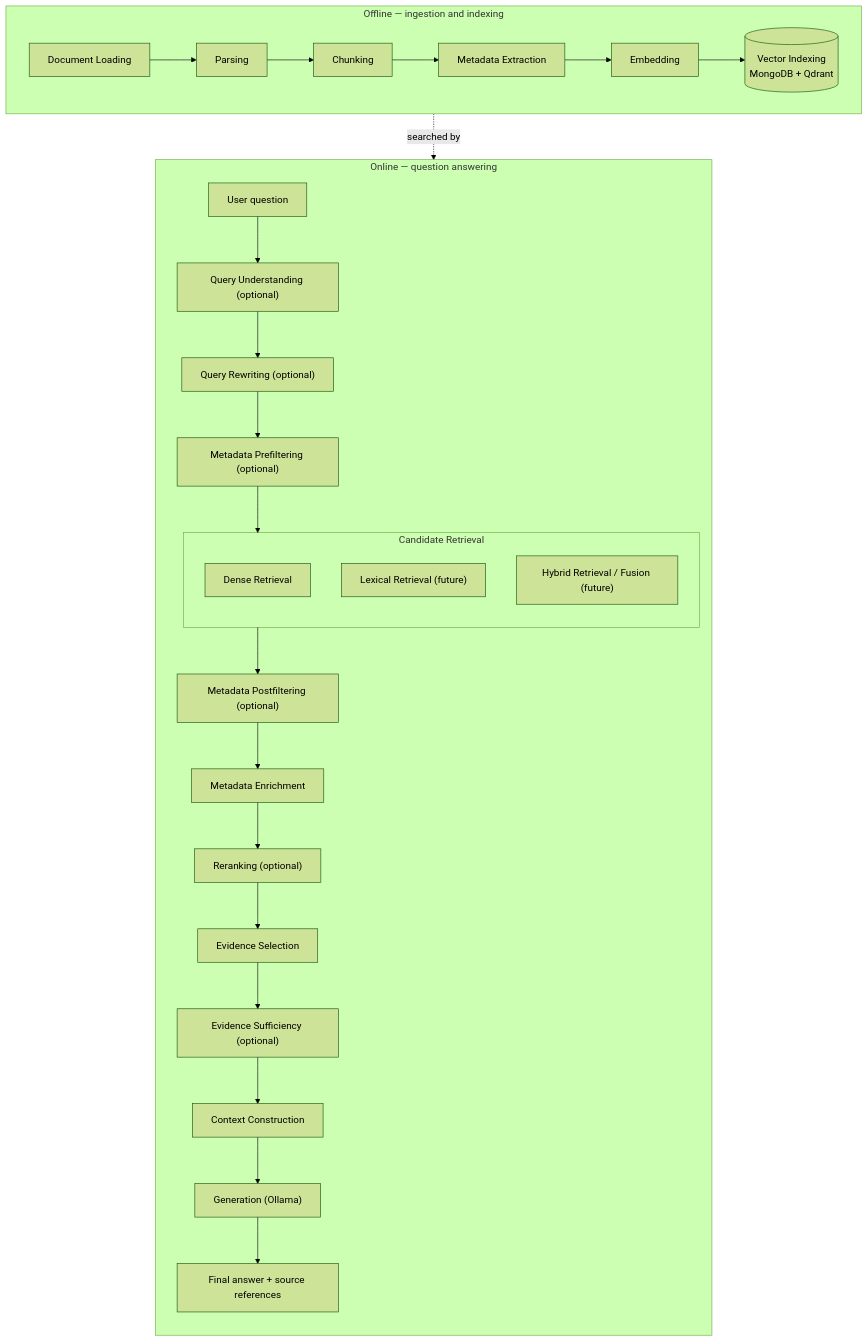
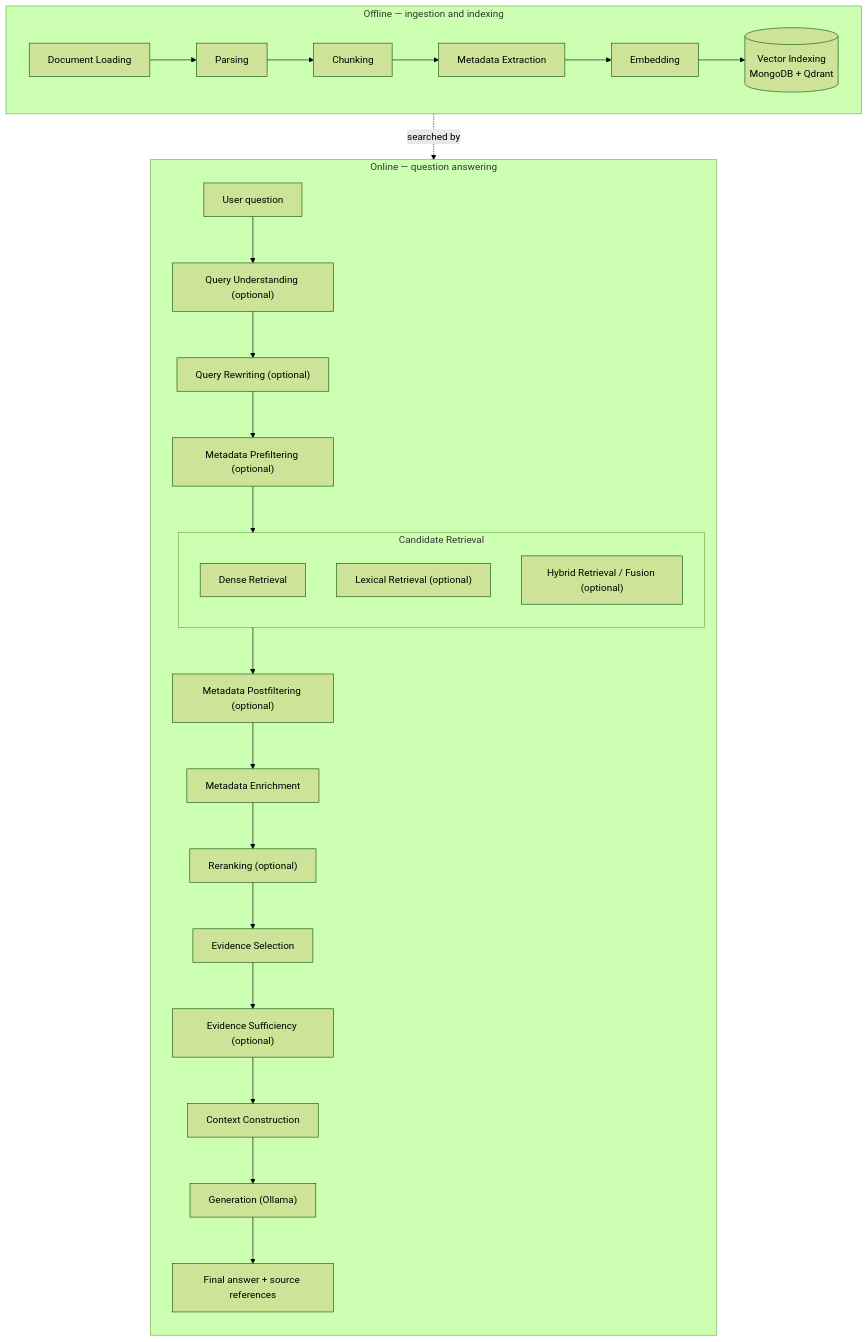
Before and after one commit to Jackson2706/RAG-Project-G5-HYU-E: the first of 2 diagrams in docs/02_RAG_ARCHITECTURE.md, drawn with Mermaid (forest theme). The commit also changed other lines of this file and 86 other files, not shown here.

````diff
--- a/docs/02_RAG_ARCHITECTURE.md
+++ b/docs/02_RAG_ARCHITECTURE.md
@@ -15,20 +15,20 @@
 ```mermaid
 flowchart TB
   subgraph OFF["Offline — ingestion and indexing"]
     direction LR
     L[Document Loading] --> P[Parsing] --> C[Chunking] --> M[Metadata Extraction] --> E[Embedding] --> V[("Vector Indexing<br/>MongoDB + Qdrant")]
   end
   subgraph ON["Online — question answering"]
     direction TB
     Q[User question] --> QU["Query Understanding (optional)"] --> QR["Query Rewriting (optional)"] --> PRE["Metadata Prefiltering (optional)"]
     PRE --> CR
     subgraph CR["Candidate Retrieval"]
       DR[Dense Retrieval]
-      LR["Lexical Retrieval (future)"]
-      HF["Hybrid Retrieval / Fusion (future)"]
+      LR["Lexical Retrieval (optional)"]
+      HF["Hybrid Retrieval / Fusion (optional)"]
     end
     CR --> POST["Metadata Postfiltering (optional)"] --> EN[Metadata Enrichment] --> RR["Reranking (optional)"] --> ES[Evidence Selection]
     ES --> SUF["Evidence Sufficiency (optional)"] --> CC[Context Construction] --> G["Generation (Ollama)"] --> A[Final answer + source references]
   end
   V -. searched by .-> DR
 ```
````
